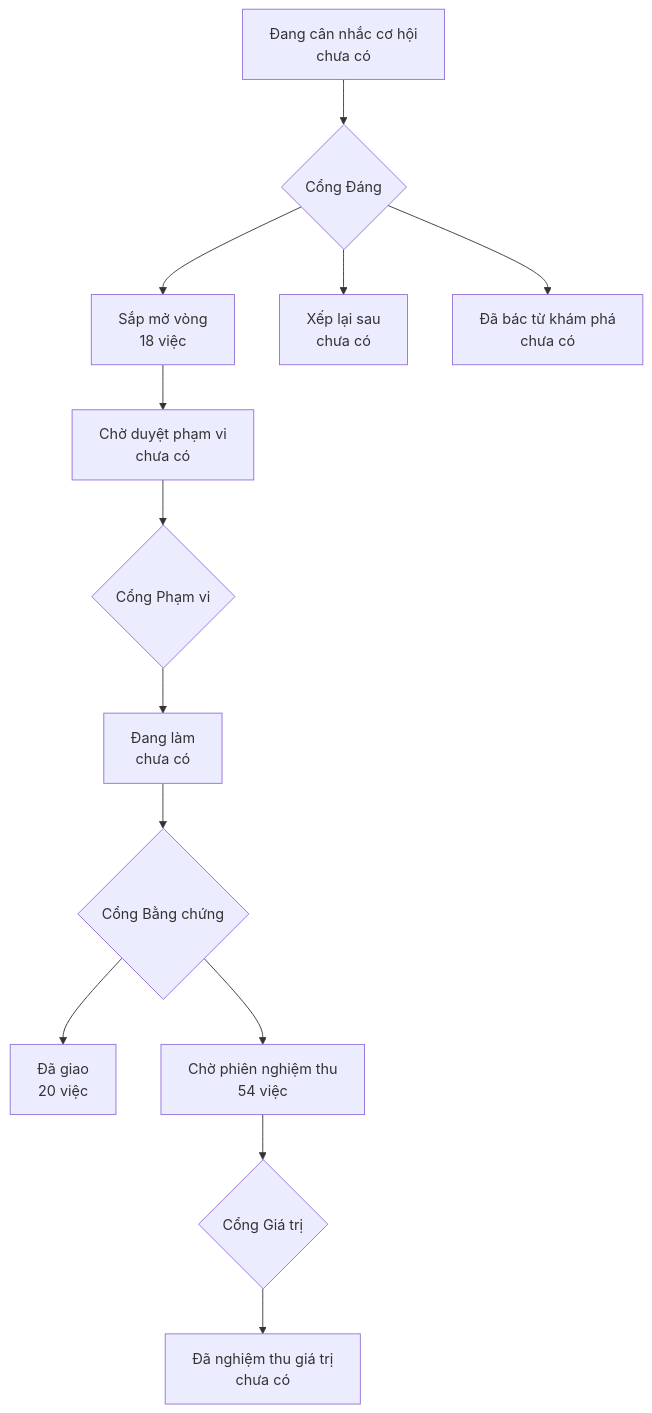
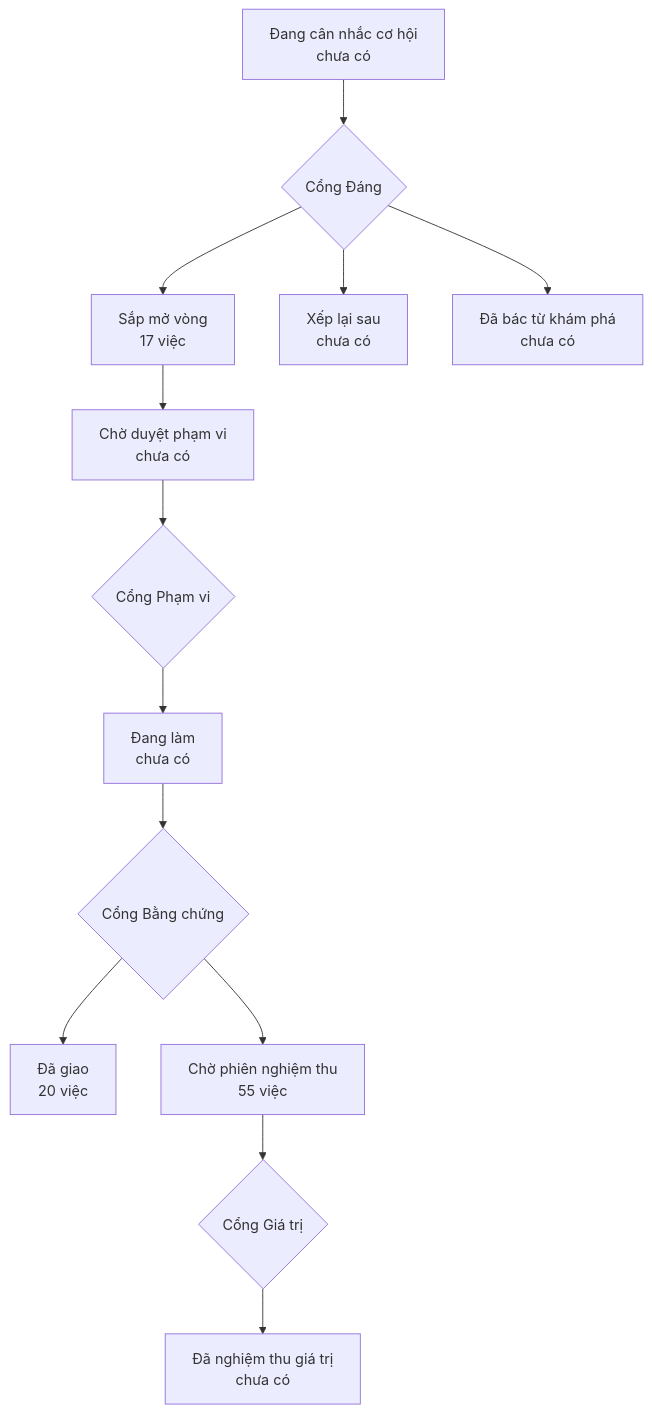
One commit to phanlemanh/onehub-quy-hang changed the diagram in PRODUCT-MAP.md. Above: the diagram before and after it, drawn with Mermaid. The commit also changed 1 other file, not shown here.

Commit message:
chore: vẽ lại bản đồ và lộ trình sau gộp nhánh chính

````diff
--- a/PRODUCT-MAP.md
+++ b/PRODUCT-MAP.md
@@ -7,12 +7,12 @@
 ```mermaid
 flowchart TD
   A["Đang cân nhắc cơ hội<br/>chưa có"] --> GD{"Cổng Đáng"}
-  GD --> B["Sắp mở vòng<br/>18 việc"]
+  GD --> B["Sắp mở vòng<br/>17 việc"]
   GD --> XL["Xếp lại sau<br/>chưa có"]
   GD --> DB["Đã bác từ khám phá<br/>chưa có"]
   B --> CD["Chờ duyệt phạm vi<br/>chưa có"] --> GP{"Cổng Phạm vi"}
   GP --> DL["Đang làm<br/>chưa có"] --> GB{"Cổng Bằng chứng"}
   GB --> DG["Đã giao<br/>20 việc"]
-  GB --> CN["Chờ phiên nghiệm thu<br/>54 việc"] --> GG{"Cổng Giá trị"}
+  GB --> CN["Chờ phiên nghiệm thu<br/>55 việc"] --> GG{"Cổng Giá trị"}
   GG --> NT["Đã nghiệm thu giá trị<br/>chưa có"]
 ```
````
